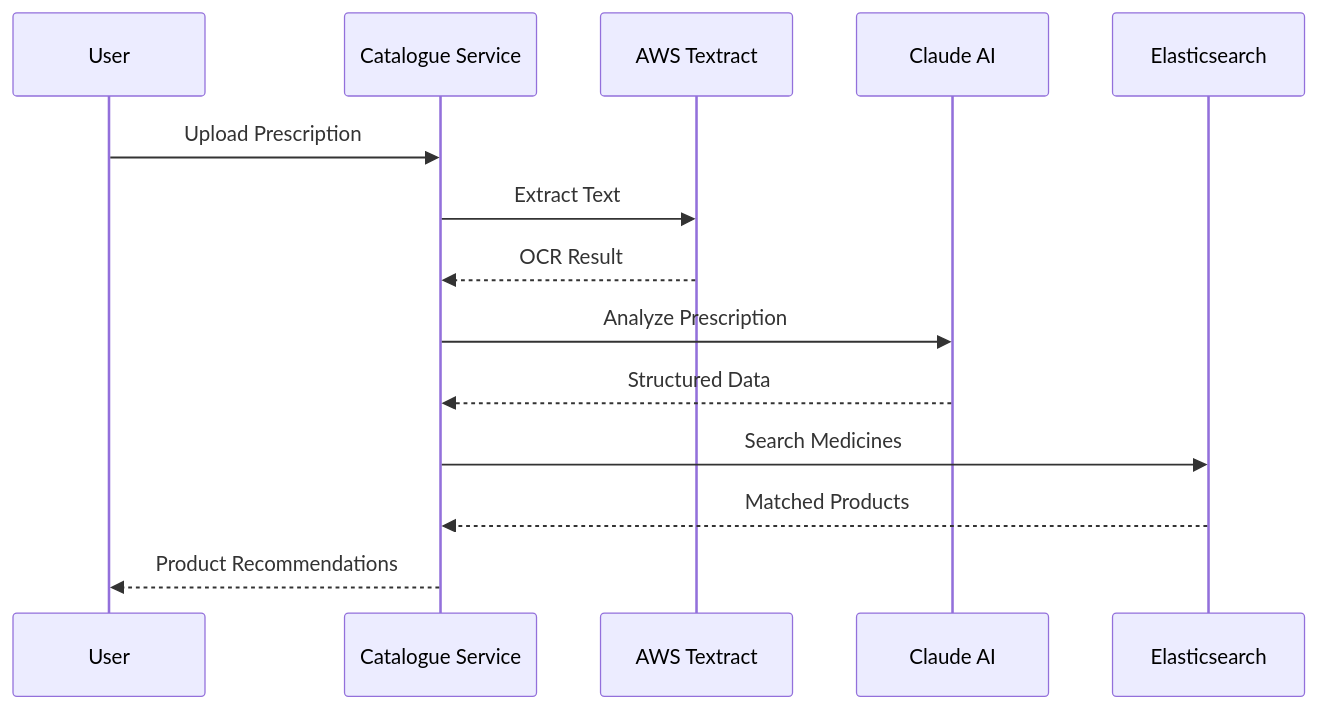
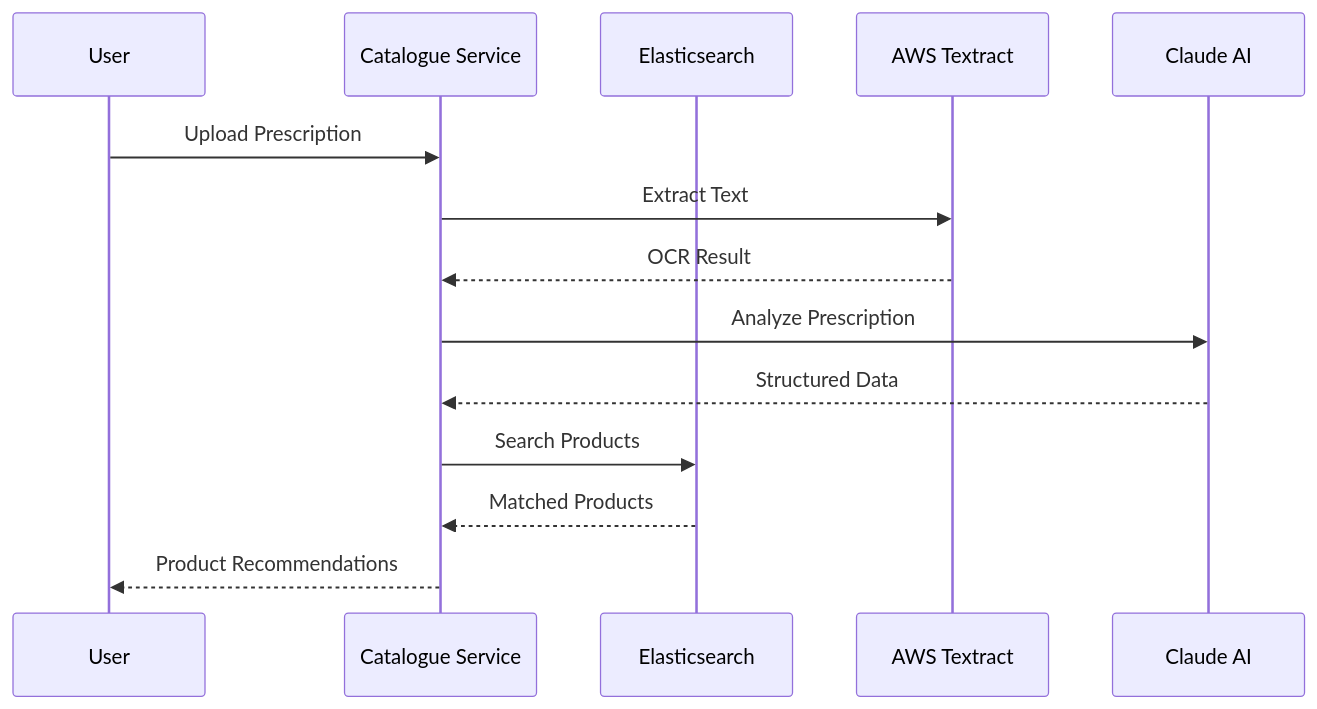
One commit to Roshan-Plazza/Plazza_Overview changed the first of 10 diagrams in docs/SERVICES_OVERVIEW.md. Above: the diagram before and after it, drawn with Mermaid. The commit also changed other lines of this file, not shown here.

````diff
--- a/docs/SERVICES_OVERVIEW.md
+++ b/docs/SERVICES_OVERVIEW.md
@@ -92,17 +92,17 @@
 ```mermaid
 sequenceDiagram
     participant U as User
     participant CS as Catalogue Service
+    participant ES as Elasticsearch
     participant AWS as AWS Textract
     participant Claude as Claude AI
-    participant ES as Elasticsearch
 
     U->>CS: Upload Prescription
     CS->>AWS: Extract Text
     AWS-->>CS: OCR Result
     CS->>Claude: Analyze Prescription
     Claude-->>CS: Structured Data
-    CS->>ES: Search Medicines
+    CS->>ES: Search Products
     ES-->>CS: Matched Products
     CS-->>U: Product Recommendations
 ```
````
